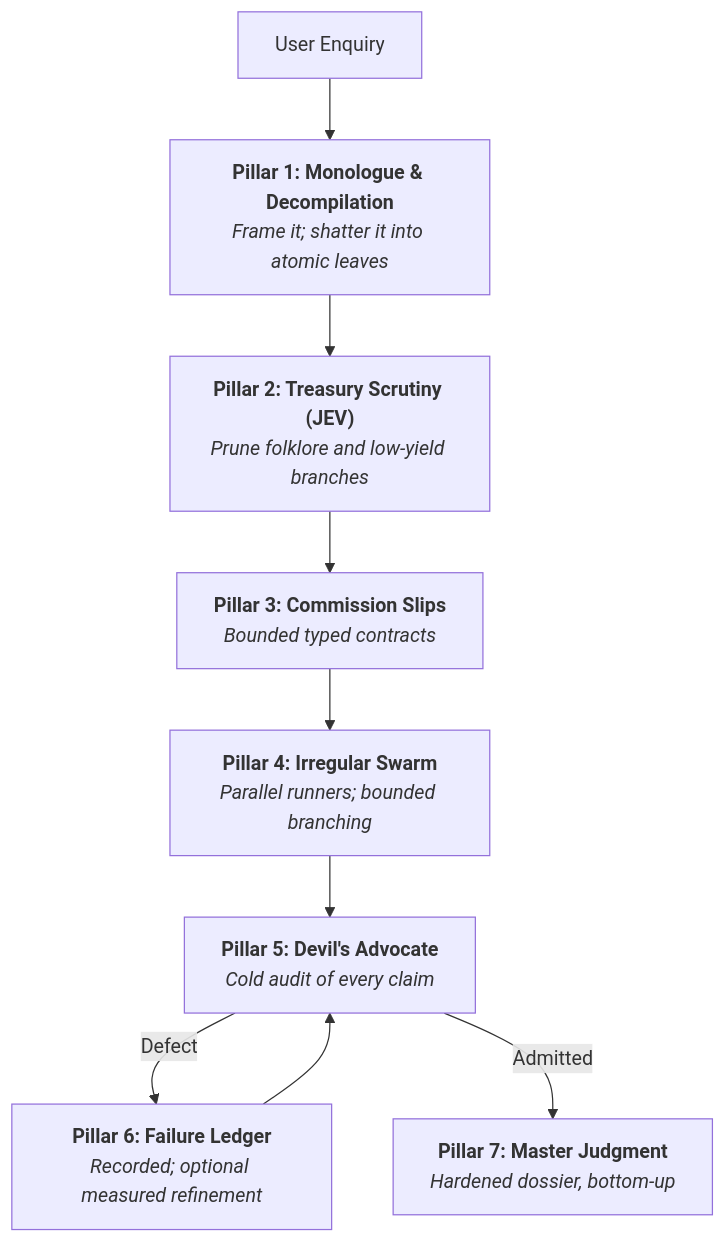
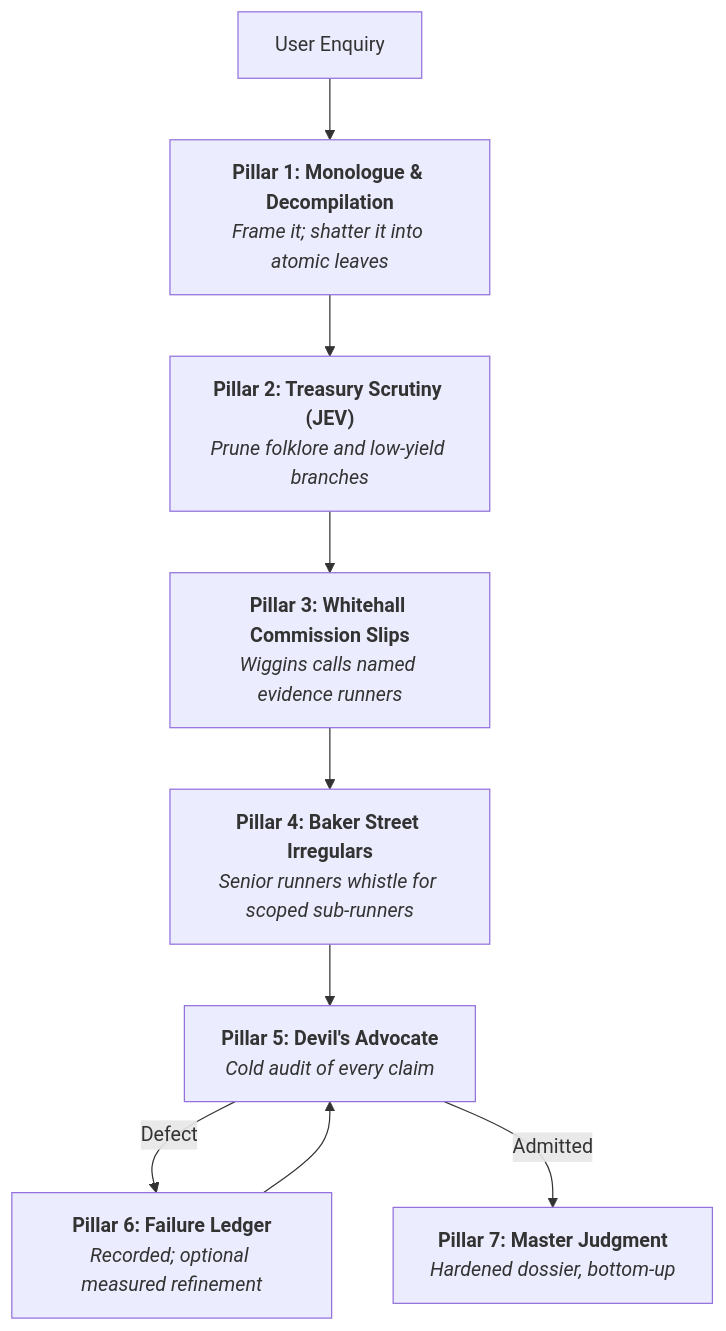
Before and after one commit to begosh/skills: the diagram in skills/research/mycroft/SKILL.md, drawn with Mermaid. The commit also changed other lines of this file and 4 other files, not shown here.

````diff
--- a/skills/research/mycroft/SKILL.md
+++ b/skills/research/mycroft/SKILL.md
@@ -85,11 +87,11 @@
 ```mermaid
 flowchart TD
     Q["User Enquiry"] --> P1["<b>Pillar 1: Monologue & Decompilation</b><br/><i>Frame it; shatter it into atomic leaves</i>"]
     P1 --> P2["<b>Pillar 2: Treasury Scrutiny (JEV)</b><br/><i>Prune folklore and low-yield branches</i>"]
-    P2 --> P3["<b>Pillar 3: Commission Slips</b><br/><i>Bounded typed contracts</i>"]
-    P3 --> P4["<b>Pillar 4: Irregular Swarm</b><br/><i>Parallel runners; bounded branching</i>"]
+    P2 --> P3["<b>Pillar 3: Whitehall Commission Slips</b><br/><i>Wiggins calls named evidence runners</i>"]
+    P3 --> P4["<b>Pillar 4: Baker Street Irregulars</b><br/><i>Senior runners whistle for scoped sub-runners</i>"]
     P4 --> P5["<b>Pillar 5: Devil's Advocate</b><br/><i>Cold audit of every claim</i>"]
     P5 -->|Defect| P6["<b>Pillar 6: Failure Ledger</b><br/><i>Recorded; optional measured refinement</i>"]
     P5 -->|Admitted| P7["<b>Pillar 7: Master Judgment</b><br/><i>Hardened dossier, bottom-up</i>"]
     P6 --> P5
 ```
````
